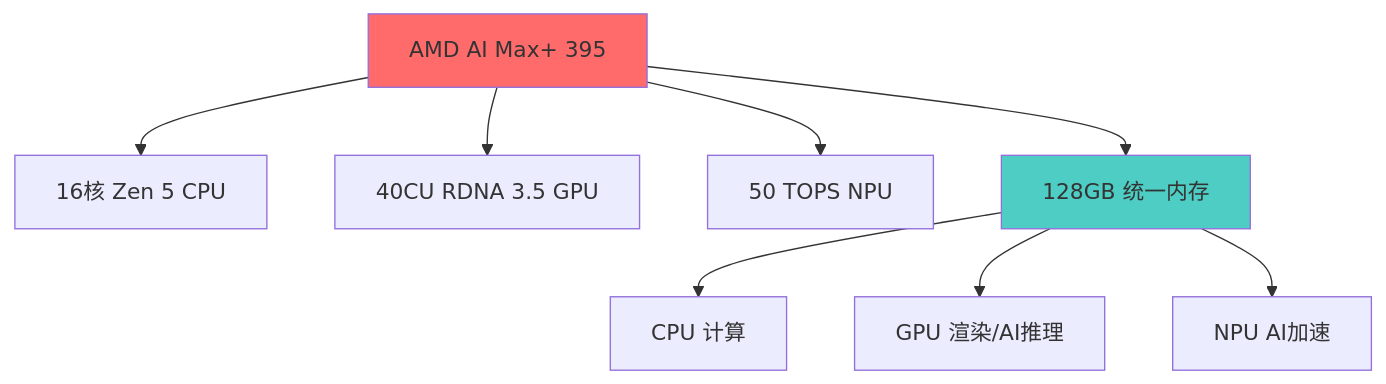
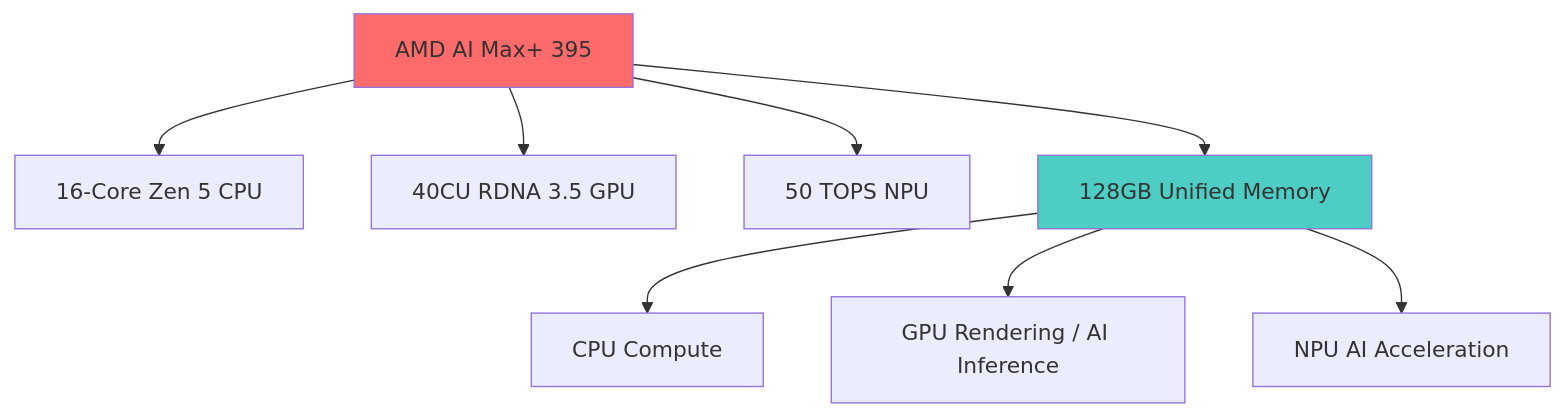
Before and after one commit to woodywang/woodywang.github.io: the first of 2 diagrams in _posts/2025-09-20-amd-ai-max-395-mini-pc-experience-en.md, drawn with Mermaid. The commit also changed other lines of this file and 5 other files, not shown here.

First line of the commit message:
fix: translate Chinese text in mermaid diagrams across all English posts

````diff
--- a/_posts/2025-09-20-amd-ai-max-395-mini-pc-experience-en.md
+++ b/_posts/2025-09-20-amd-ai-max-395-mini-pc-experience-en.md
@@ -45,14 +45,14 @@
 ```mermaid
 graph TD
-    A[AMD AI Max+ 395] --> B[16核 Zen 5 CPU]
+    A[AMD AI Max+ 395] --> B[16-Core Zen 5 CPU]
     A --> C[40CU RDNA 3.5 GPU]
     A --> D[50 TOPS NPU]
-    A --> E[128GB 统一内存]
+    A --> E[128GB Unified Memory]
 
-    E --> F[CPU 计算]
-    E --> G[GPU 渲染/AI推理]
-    E --> H[NPU AI加速]
+    E --> F[CPU Compute]
+    E --> G[GPU Rendering / AI Inference]
+    E --> H[NPU AI Acceleration]
 
     style A fill:#ff6b6b
     style E fill:#4ecdc4
 ```
````
